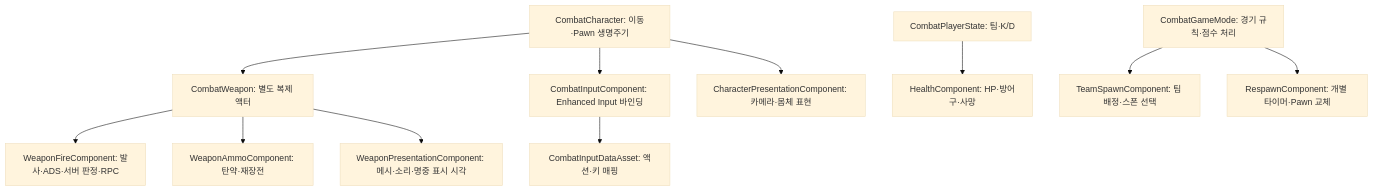
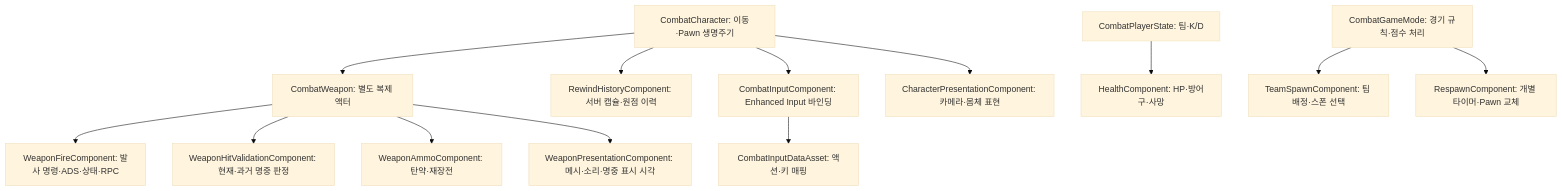
The diagram in Docs/CombatArchitecture.md (Parkyongseok1120/UE5_Latency-Resilient-Multiplayer-Combat), drawn with Mermaid (base theme) before and after one commit. The commit also changed other lines of this file and 44 other files, not shown here.

````diff
--- a/Docs/CombatArchitecture.md
+++ b/Docs/CombatArchitecture.md
@@ -7,13 +7,15 @@
 ```mermaid
 flowchart TD
     Character[CombatCharacter: 이동·Pawn 생명주기] --> Weapon[CombatWeapon: 별도 복제 액터]
+    Character --> History[RewindHistoryComponent: 서버 캡슐·원점 이력]
     Character --> Input[CombatInputComponent: Enhanced Input 바인딩]
     Input --> InputData[CombatInputDataAsset: 액션·키 매핑]
     Character --> CharacterVisual[CharacterPresentationComponent: 카메라·몸체 표현]
-    Weapon --> Fire[WeaponFireComponent: 발사·ADS·서버 판정·RPC]
+    Weapon --> Fire[WeaponFireComponent: 발사 명령·ADS·상태·RPC]
+    Weapon --> Hit[WeaponHitValidationComponent: 현재·과거 명중 판정]
     Weapon --> Ammo[WeaponAmmoComponent: 탄약·재장전]
     Weapon --> WeaponVisual[WeaponPresentationComponent: 메시·소리·명중 표시 시각]
     PlayerState[CombatPlayerState: 팀·K/D] --> Health[HealthComponent: HP·방어구·사망]
     GameMode[CombatGameMode: 경기 규칙·점수 처리] --> TeamSpawn[TeamSpawnComponent: 팀 배정·스폰 선택]
     GameMode --> Respawn[RespawnComponent: 개별 타이머·Pawn 교체]
 ```
````
